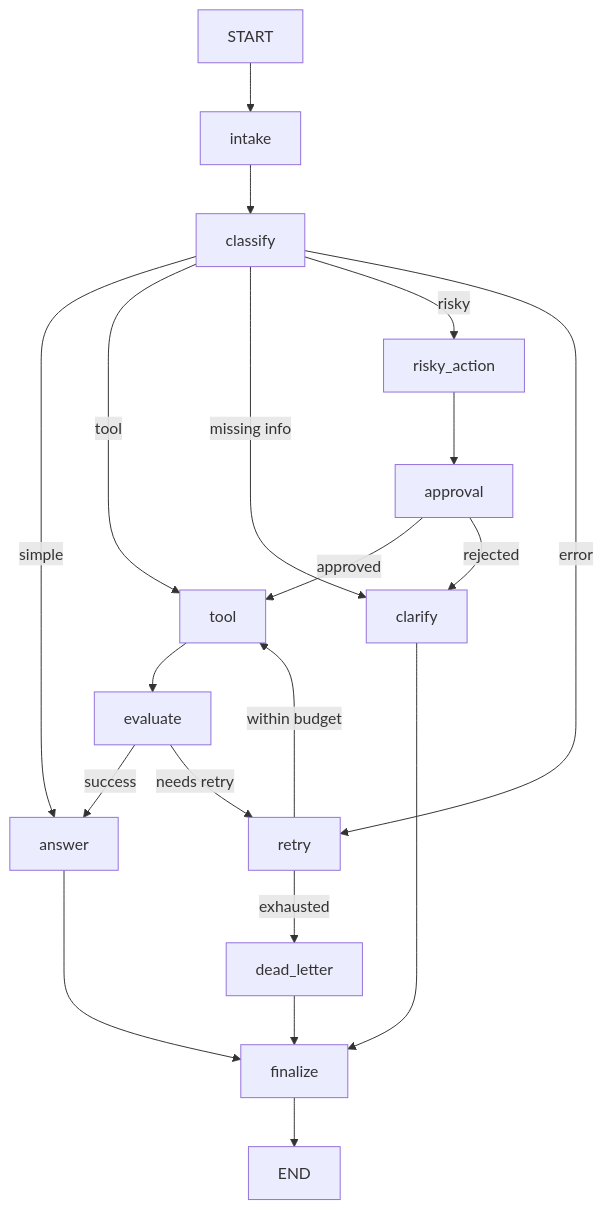
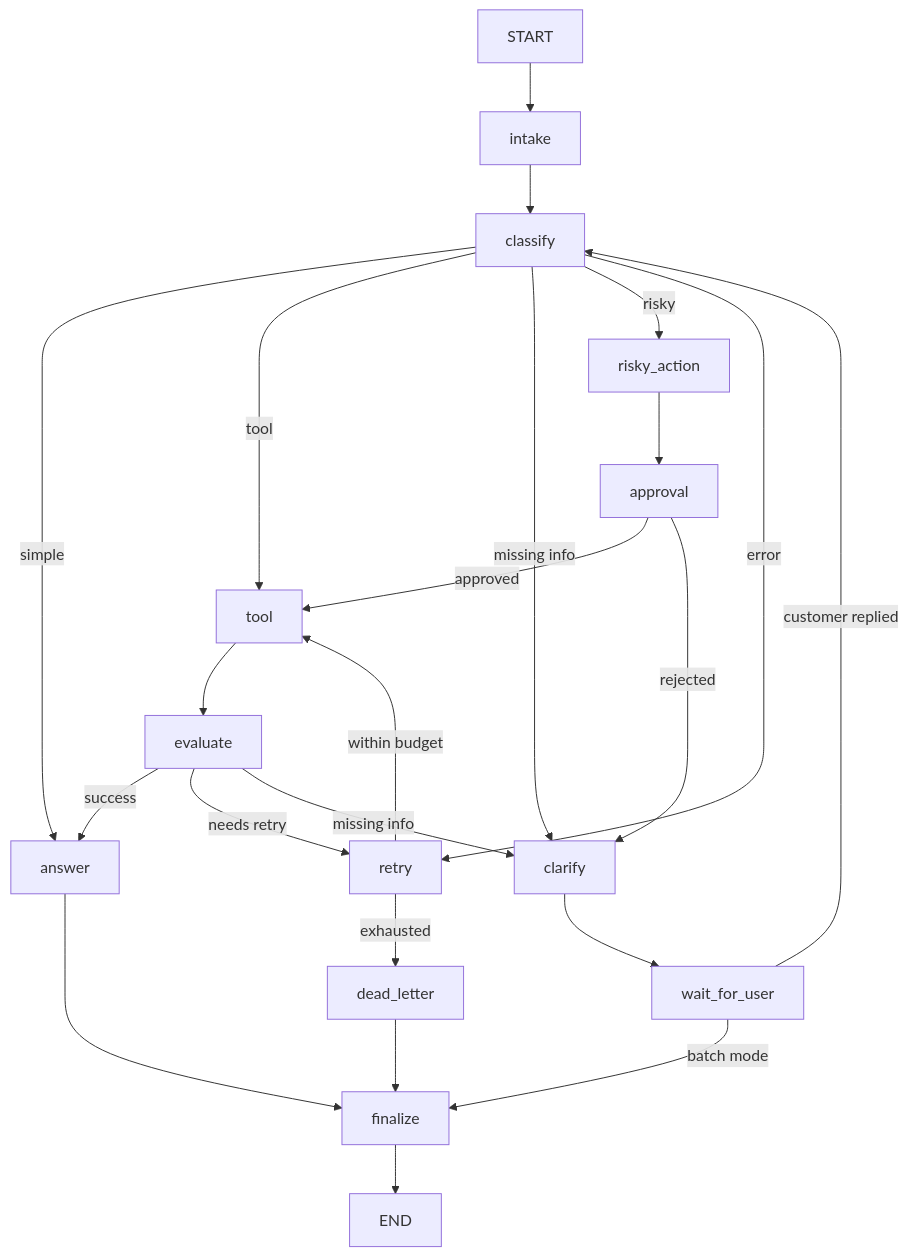
The diagram in reports/lab_report.md (hardy410/-Track3-DAY23-DogTeam), drawn with Mermaid before and after one commit. The commit also changed other lines of this file and 20 other files, not shown here.

````diff
--- a/reports/lab_report.md
+++ b/reports/lab_report.md
@@ -21,18 +21,21 @@
 ```mermaid
 flowchart TD
     START --> intake --> classify
     classify -->|simple| answer
     classify -->|tool| tool --> evaluate
     classify -->|missing info| clarify
     classify -->|risky| risky_action --> approval
     classify -->|error| retry
     approval -->|approved| tool
     approval -->|rejected| clarify
     evaluate -->|success| answer
     evaluate -->|needs retry| retry
+    evaluate -->|missing info| clarify
     retry -->|within budget| tool
     retry -->|exhausted| dead_letter
     answer --> finalize
-    clarify --> finalize
+    clarify --> wait_for_user
+    wait_for_user -->|customer replied| classify
+    wait_for_user -->|batch mode| finalize
     dead_letter --> finalize --> END
 ```
````
